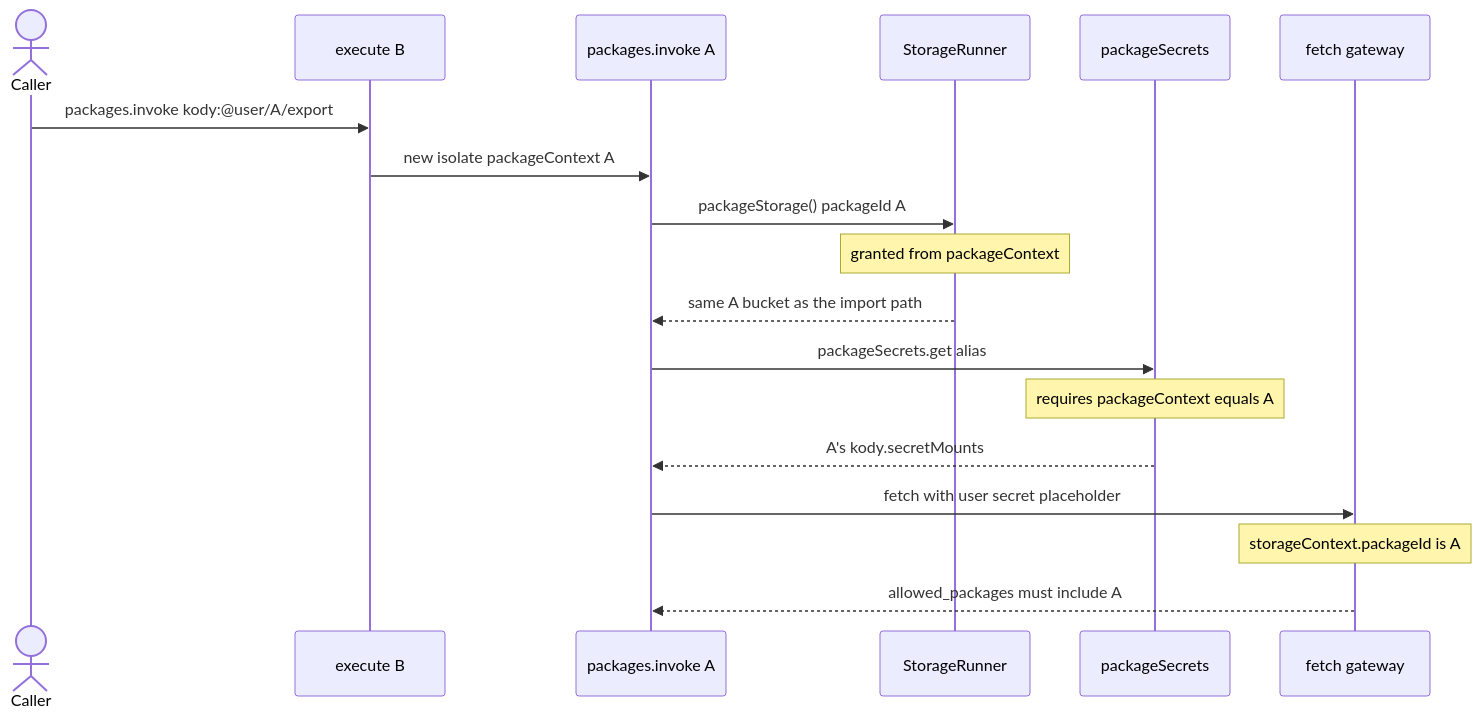
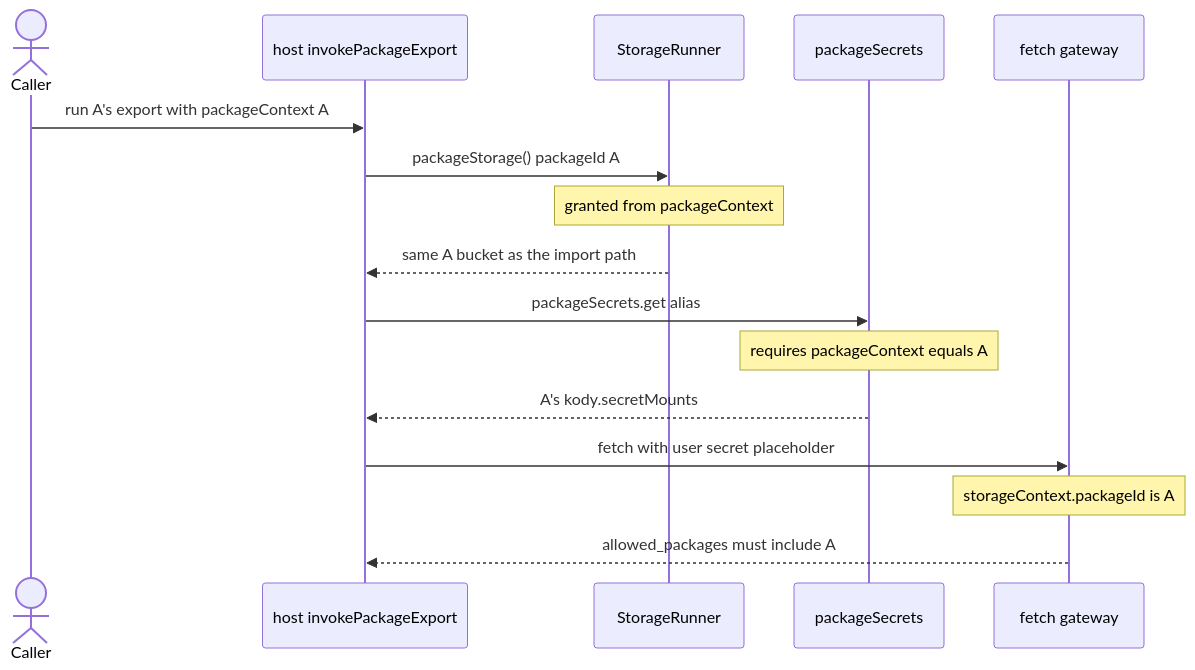
One commit to kentcdodds/kody changed the second of 5 diagrams in docs/contributing/package-storage-static-imports.md. Above: the diagram before and after it, drawn with Mermaid. The commit also changed other lines of this file and 11 other files, not shown here.

First line of the commit message:
Garden docs off author-facing packages.invoke after 0036/0037

````diff
--- a/docs/contributing/package-storage-static-imports.md
+++ b/docs/contributing/package-storage-static-imports.md
@@ -228,20 +95,18 @@
 ```mermaid
 sequenceDiagram
 	actor Caller
-	participant Execute as execute B
-	participant Invoke as packages.invoke A
+	participant Host as host invokePackageExport
 	participant Bucket as StorageRunner
 	participant Mounts as packageSecrets
 	participant Gateway as fetch gateway
-	Caller->>Execute: packages.invoke kody:@user/A/export
-	Execute->>Invoke: new isolate packageContext A
-	Invoke->>Bucket: packageStorage() packageId A
+	Caller->>Host: run A's export with packageContext A
+	Host->>Bucket: packageStorage() packageId A
 	Note over Bucket: granted from packageContext
-	Bucket-->>Invoke: same A bucket as the import path
-	Invoke->>Mounts: packageSecrets.get alias
+	Bucket-->>Host: same A bucket as the import path
+	Host->>Mounts: packageSecrets.get alias
 	Note over Mounts: requires packageContext equals A
-	Mounts-->>Invoke: A's kody.secretMounts
-	Invoke->>Gateway: fetch with user secret placeholder
+	Mounts-->>Host: A's kody.secretMounts
+	Host->>Gateway: fetch with user secret placeholder
 	Note over Gateway: storageContext.packageId is A
-	Gateway-->>Invoke: allowed_packages must include A
+	Gateway-->>Host: allowed_packages must include A
 ```
````
